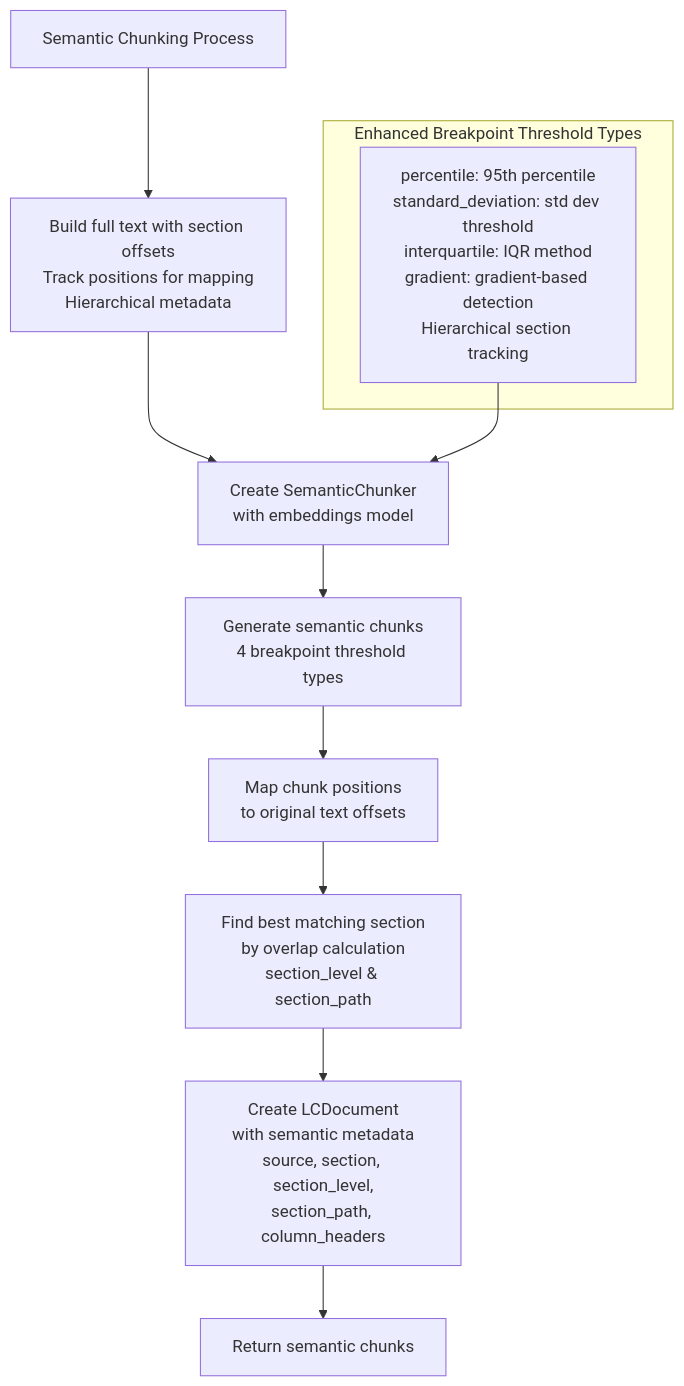
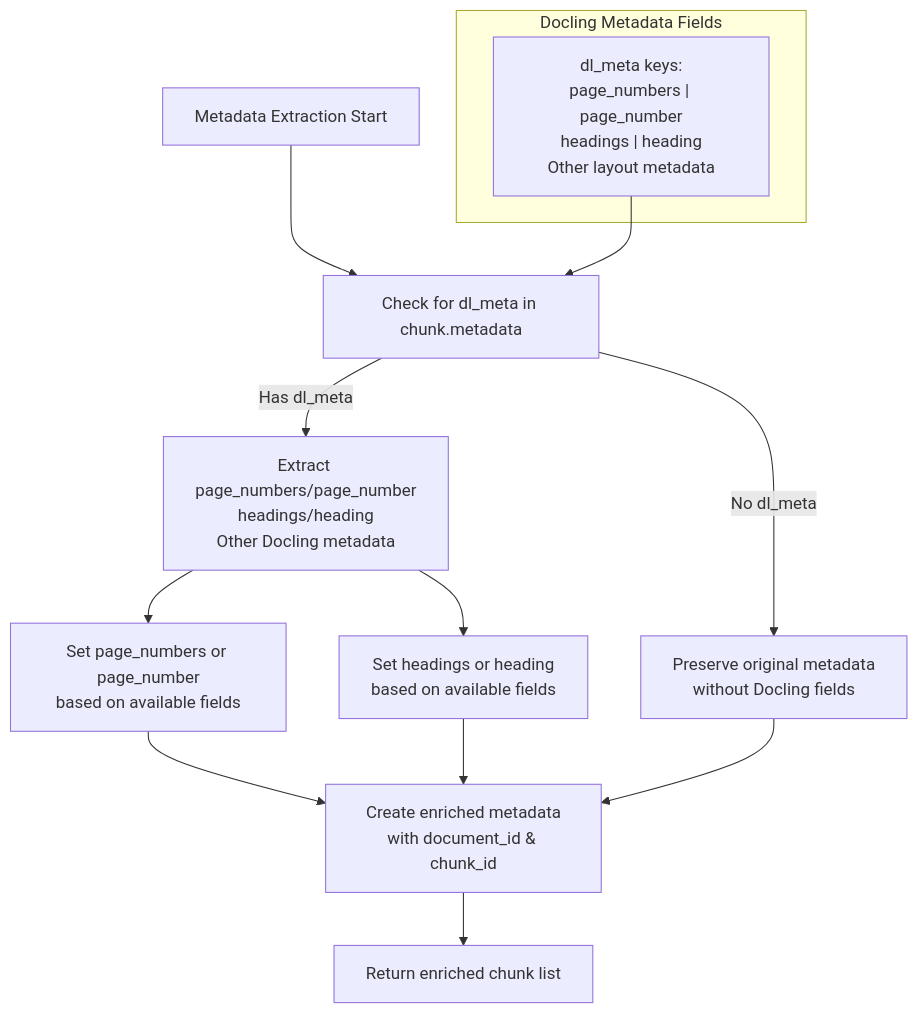
One commit to ognelis/cafetera_hr_bot changed the fourth of 12 diagrams in .qoder/repowiki/en/content/RAG Integration/RAG Parser Enhancement.md. Above: the diagram before and after it, drawn with Mermaid. The commit also changed other lines of this file and 5 other files, not shown here.

````diff
--- a/.qoder/repowiki/en/content/RAG Integration/RAG Parser Enhancement.md
+++ b/.qoder/repowiki/en/content/RAG Integration/RAG Parser Enhancement.md
@@ -416,14 +247,16 @@
 ```mermaid
 flowchart TD
-StartSemantic["Semantic Chunking Process"] --> BuildText["Build full text with section offsets<br/>Track positions for mapping<br/>Hierarchical metadata"]
-BuildText --> CreateChunker["Create SemanticChunker<br/>with embeddings model"]
-CreateChunker --> GenerateChunks["Generate semantic chunks<br/>4 breakpoint threshold types"]
-GenerateChunks --> MapPositions["Map chunk positions<br/>to original text offsets"]
-MapPositions --> FindSection["Find best matching section<br/>by overlap calculation<br/>section_level & section_path"]
-FindSection --> CreateDocs["Create LCDocument<br/>with semantic metadata<br/>source, section, section_level,<br/>section_path, column_headers"]
-CreateDocs --> ReturnDocs["Return semantic chunks"]
-subgraph "Enhanced Breakpoint Threshold Types"
-Types["percentile: 95th percentile<br/>standard_deviation: std dev threshold<br/>interquartile: IQR method<br/>gradient: gradient-based detection<br/>Hierarchical section tracking"]
+StartMeta["Metadata Extraction Start"] --> CheckDL["Check for dl_meta in chunk.metadata"]
+CheckDL --> |"Has dl_meta"| ExtractFields["Extract page_numbers/page_number<br/>headings/heading<br/>Other Docling metadata"]
+CheckDL --> |"No dl_meta"| PreserveOriginal["Preserve original metadata<br/>without Docling fields"]
+ExtractFields --> SetPageNumbers["Set page_numbers or page_number<br/>based on available fields"]
+ExtractFields --> SetHeadings["Set headings or heading<br/>based on available fields"]
+SetPageNumbers --> CreateEnriched["Create enriched metadata<br/>with document_id & chunk_id"]
+SetHeadings --> CreateEnriched
+PreserveOriginal --> CreateEnriched
+CreateEnriched --> ReturnEnriched["Return enriched chunk list"]
+subgraph "Docling Metadata Fields"
+DLFields["dl_meta keys:<br/>page_numbers | page_number<br/>headings | heading<br/>Other layout metadata"]
 end
-Types --> CreateChunker
+DLFields --> CheckDL
 ```
````
